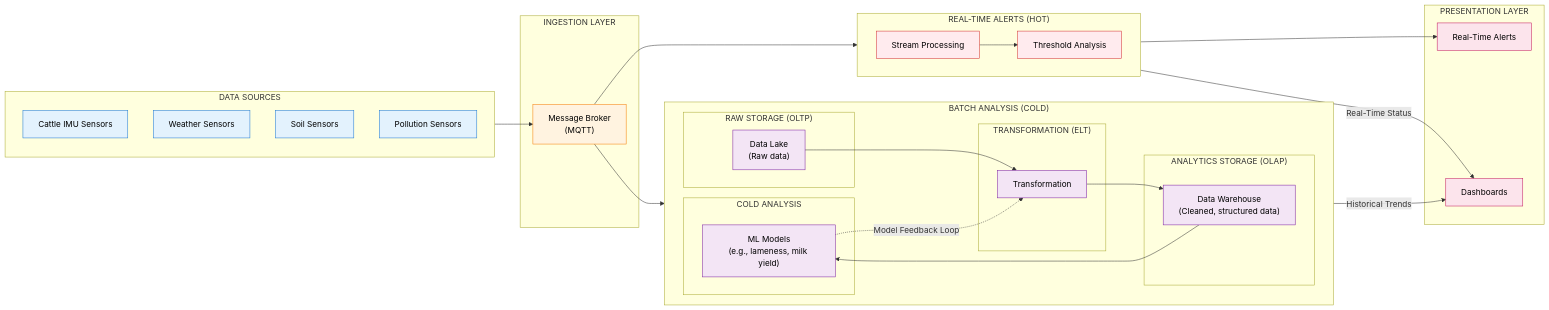
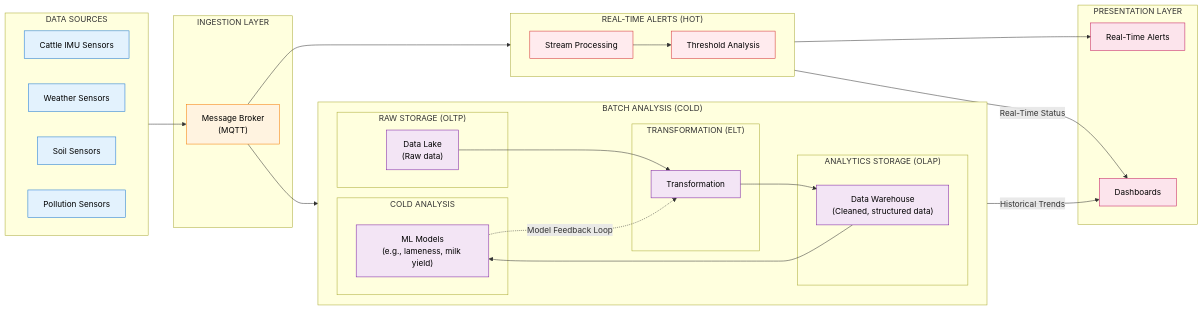
One commit to aydanthompson/smart-agrifarming-is changed the first of 2 diagrams in docs/architecture-diagrams.md. Above: the diagram before and after it, drawn with Mermaid.

Commit message:
Changed orientation of data sources subgraph

````diff
--- a/docs/architecture-diagrams.md
+++ b/docs/architecture-diagrams.md
@@ -5,65 +5,66 @@
 ```mermaid
 flowchart LR
     subgraph sources["DATA SOURCES"]
+        direction LR
         cattle[Cattle IMU Sensors]
         weather[Weather Sensors]
         soil[Soil Sensors]
         pollution[Pollution Sensors]
     end
 
     subgraph ingestion["INGESTION LAYER"]
         broker["Message Broker<br>(MQTT)"]
     end
 
     subgraph cold_path["BATCH ANALYSIS (COLD)"]
         direction LR
         subgraph raw["RAW STORAGE (OLTP)"]
             lake["Data Lake<br>(Raw data)"]
         end
 
         subgraph transform["TRANSFORMATION (ELT)"]
             etl["Transformation"]
         end
 
         subgraph warehouse["ANALYTICS STORAGE (OLAP)"]
             dw["Data Warehouse<br>(Cleaned, structured data)"]
         end
 
         subgraph analytics["COLD ANALYSIS"]
             ml["ML Models<br>(e.g., lameness, milk yield)"]
         end
 
         lake --> etl --> dw --> ml
         ml -.->|"Model Feedback Loop"| etl
     end
 
     subgraph hot_path["REAL-TIME ALERTS (HOT)"]
         direction LR
         stream_proc["Stream Processing"]
         alerts["Threshold Analysis"]
     end
 
     subgraph presentation["PRESENTATION LAYER"]
         dash["Dashboards"]
         realtime_alert["Real-Time Alerts"]
     end
 
     sources --> broker
     broker --> lake
     broker --> stream_proc
     stream_proc --> alerts --> realtime_alert
     stream_proc -->|"Real-Time Status"| dash
     dw -->|"Historical Trends"|dash
 
     classDef sourceStyle fill:#e3f2fd,stroke:#1976d2,color:#000
     classDef ingestStyle fill:#fff3e0,stroke:#f57c00,color:#000
     classDef coldStyle fill:#f3e5f5,stroke:#7b1fa2,color:#000
     classDef hotStyle fill:#ffebee,stroke:#d32f2f,color:#000
     classDef presentStyle fill:#fce4ec,stroke:#c2185b,color:#000
 
     class cattle,weather,soil,pollution sourceStyle
     class broker ingestStyle
     class lake,etl,dw,ml coldStyle
     class stream_proc,alerts hotStyle
     class dash,realtime_alert presentStyle
 ```
````
